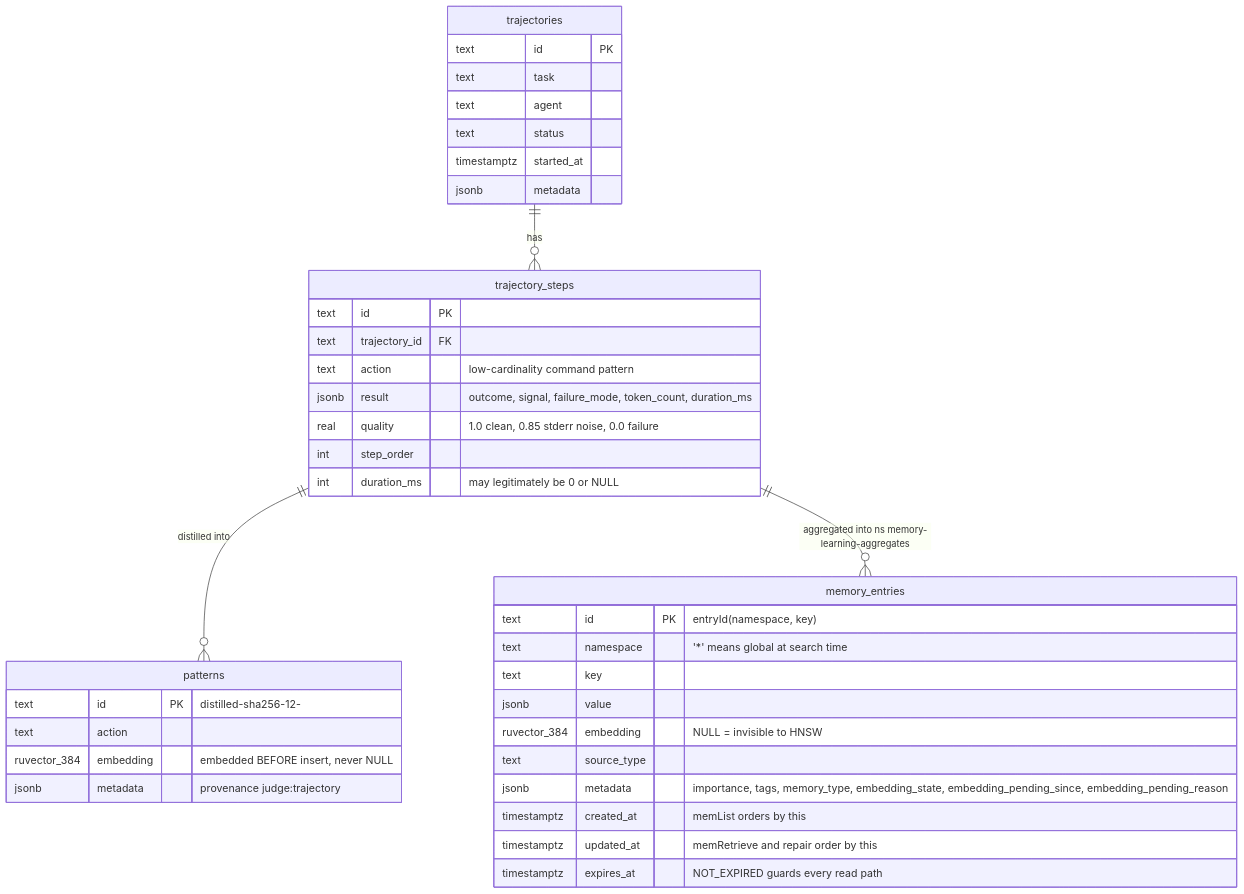
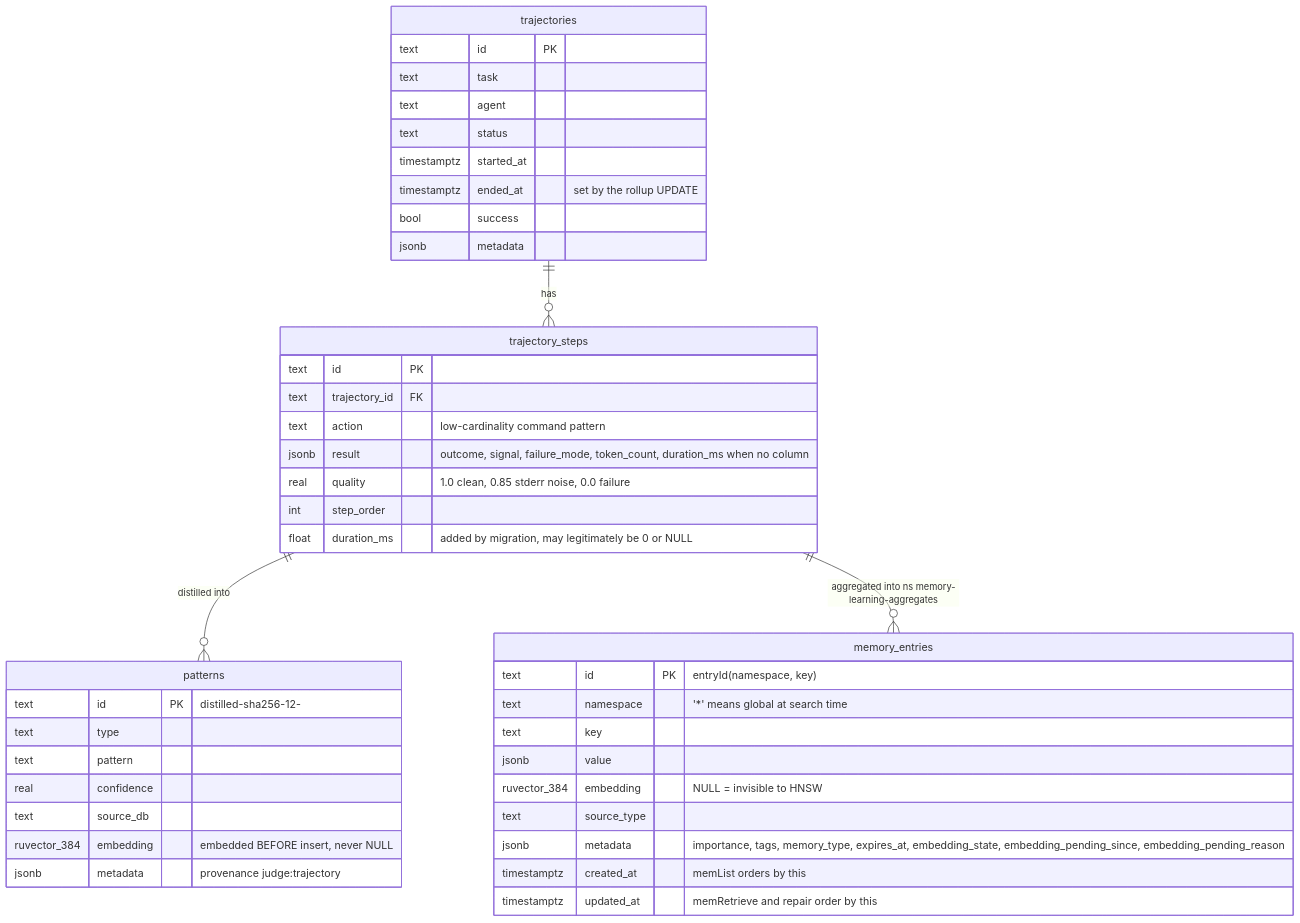
Diagram 12 of 13 in docs/diagrams/agentbox/20-ruvector-memory-path.md (DreamLab-AI/VisionFlow), drawn with Mermaid before and after one commit. The commit also changed other lines of this file and 173 other files, not shown here.

````diff
--- a/docs/diagrams/agentbox/20-ruvector-memory-path.md
+++ b/docs/diagrams/agentbox/20-ruvector-memory-path.md
@@ -458,41 +473,45 @@
 ```mermaid
 erDiagram
     memory_entries {
         text id PK "entryId(namespace, key)"
         text namespace "'*' means global at search time"
         text key
         jsonb value
         ruvector_384 embedding "NULL = invisible to HNSW"
         text source_type
-        jsonb metadata "importance, tags, memory_type, embedding_state, embedding_pending_since, embedding_pending_reason"
+        jsonb metadata "importance, tags, memory_type, expires_at, embedding_state, embedding_pending_since, embedding_pending_reason"
         timestamptz created_at "memList orders by this"
         timestamptz updated_at "memRetrieve and repair order by this"
-        timestamptz expires_at "NOT_EXPIRED guards every read path"
     }
     patterns {
         text id PK "distilled-sha256-12-<hash(action)>"
-        text action
+        text type
+        text pattern
+        real confidence
+        text source_db
         ruvector_384 embedding "embedded BEFORE insert, never NULL"
         jsonb metadata "provenance judge:trajectory"
     }
     trajectories {
         text id PK
         text task
         text agent
         text status
         timestamptz started_at
+        timestamptz ended_at "set by the rollup UPDATE"
+        bool success
         jsonb metadata
     }
     trajectory_steps {
         text id PK
         text trajectory_id FK
         text action "low-cardinality command pattern"
-        jsonb result "outcome, signal, failure_mode, token_count, duration_ms"
+        jsonb result "outcome, signal, failure_mode, token_count, duration_ms when no column"
         real quality "1.0 clean, 0.85 stderr noise, 0.0 failure"
         int step_order
-        int duration_ms "may legitimately be 0 or NULL"
+        float duration_ms "added by migration, may legitimately be 0 or NULL"
     }
     trajectories ||--o{ trajectory_steps : "has"
     trajectory_steps ||--o{ patterns : "distilled into"
     trajectory_steps ||--o{ memory_entries : "aggregated into ns memory-learning-aggregates"
 ```
````
